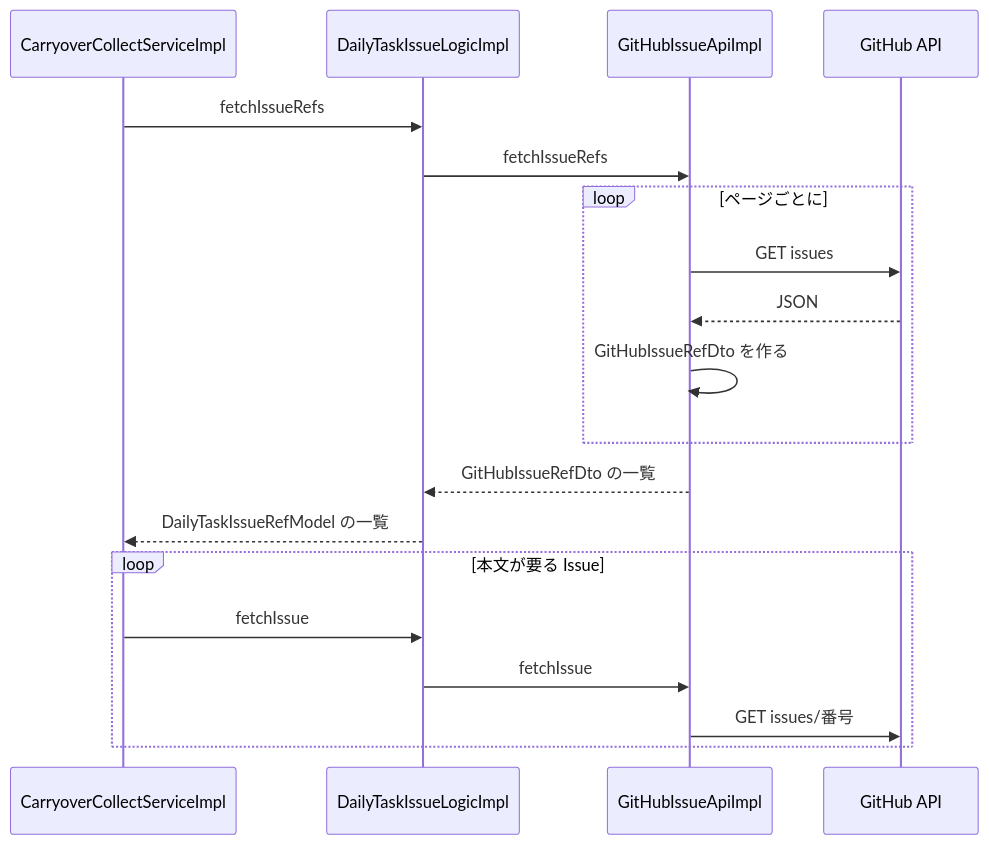
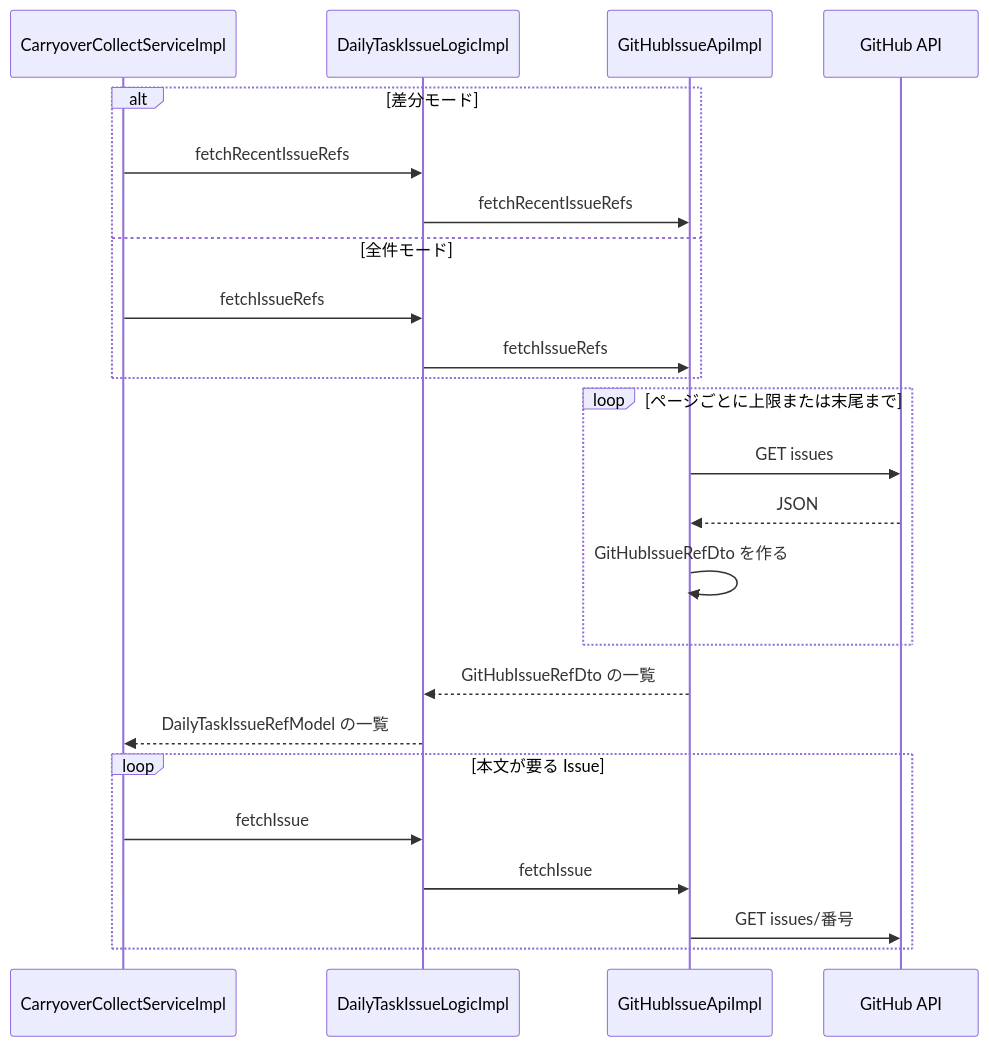
The second of 3 diagrams in docs/design/backend/03-processing.md (KenichiroArai/kb002_daily-tasks_doc), drawn with Mermaid before and after one commit. The commit also changed other lines of this file and 2 other files, not shown here.

````diff
--- a/docs/design/backend/03-processing.md
+++ b/docs/design/backend/03-processing.md
@@ -75,22 +74,27 @@
 ```mermaid
 sequenceDiagram
   participant Collect as CarryoverCollectServiceImpl
   participant Logic as DailyTaskIssueLogicImpl
   participant Api as GitHubIssueApiImpl
   participant GitHub as GitHub API
 
-  Collect->>Logic: fetchIssueRefs
-  Logic->>Api: fetchIssueRefs
-  loop ページごとに
+  alt 差分モード
+    Collect->>Logic: fetchRecentIssueRefs
+    Logic->>Api: fetchRecentIssueRefs
+  else 全件モード
+    Collect->>Logic: fetchIssueRefs
+    Logic->>Api: fetchIssueRefs
+  end
+  loop ページごとに上限または末尾まで
     Api->>GitHub: GET issues
     GitHub-->>Api: JSON
     Api->>Api: GitHubIssueRefDto を作る
   end
   Api-->>Logic: GitHubIssueRefDto の一覧
   Logic-->>Collect: DailyTaskIssueRefModel の一覧
   loop 本文が要る Issue
     Collect->>Logic: fetchIssue
     Logic->>Api: fetchIssue
     Api->>GitHub: GET issues/番号
   end
 ```
````
